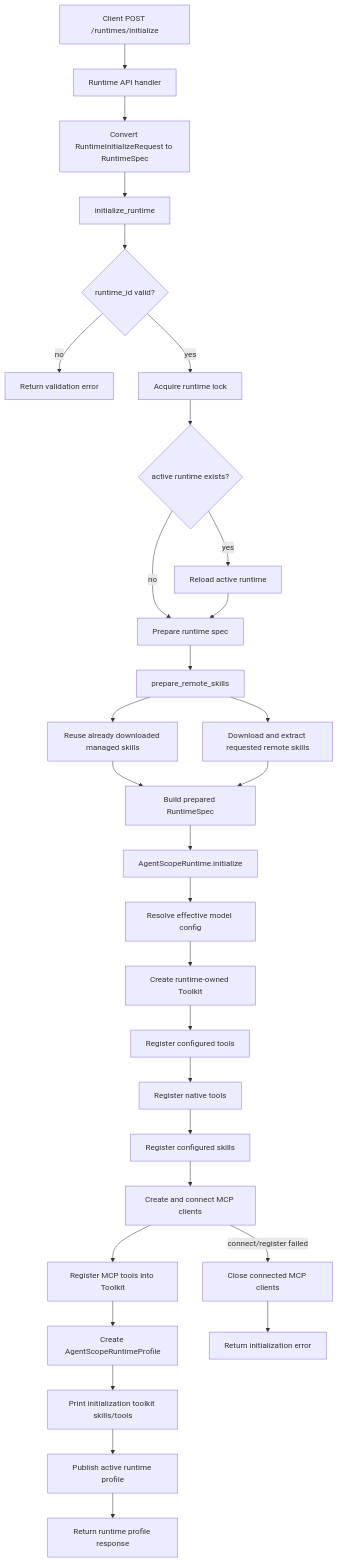
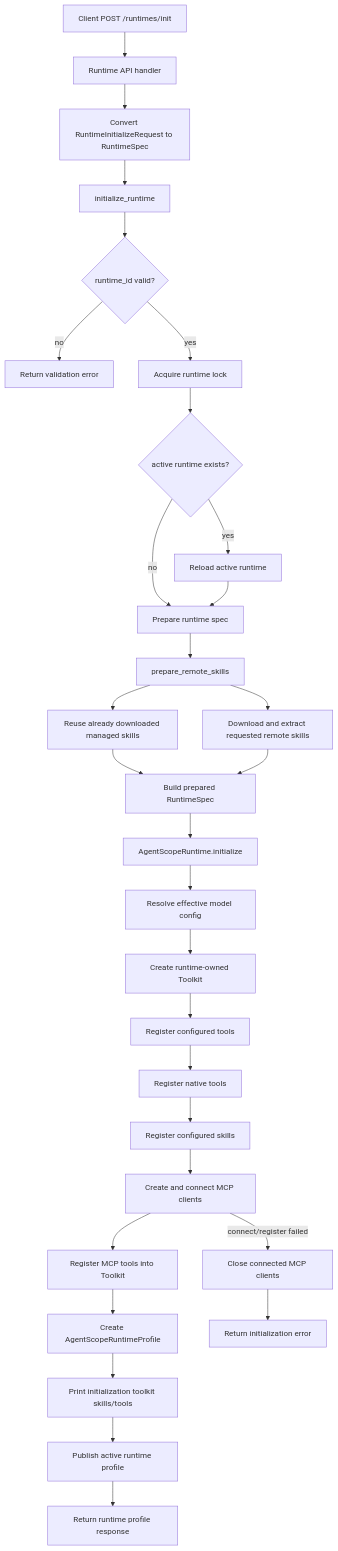
One commit to mooneclipsed/myagent changed the first of 4 diagrams in docs/architecture.md. Above: the diagram before and after it, drawn with Mermaid. The commit also changed other lines of this file and 10 other files, not shown here.

Commit message:
refactor: rename runtime init endpoint

````diff
--- a/docs/architecture.md
+++ b/docs/architecture.md
@@ -9,35 +9,35 @@
 ```mermaid
 flowchart TD
-    A[Client POST /runtimes/initialize] --> B[Runtime API handler]
+    A[Client POST /runtimes/init] --> B[Runtime API handler]
     B --> C[Convert RuntimeInitializeRequest to RuntimeSpec]
     C --> D[initialize_runtime]
     D --> E{runtime_id valid?}
     E -- no --> F[Return validation error]
     E -- yes --> G[Acquire runtime lock]
     G --> H{active runtime exists?}
     H -- yes --> I[Reload active runtime]
     H -- no --> J[Prepare runtime spec]
     I --> J
 
     J --> K[prepare_remote_skills]
     K --> L[Reuse already downloaded managed skills]
     K --> M[Download and extract requested remote skills]
     L --> N[Build prepared RuntimeSpec]
     M --> N
 
     N --> O[AgentScopeRuntime.initialize]
     O --> P[Resolve effective model config]
     P --> Q[Create runtime-owned Toolkit]
     Q --> R[Register configured tools]
     R --> S[Register native tools]
     S --> T[Register configured skills]
     T --> U[Create and connect MCP clients]
     U --> V[Register MCP tools into Toolkit]
     V --> W[Create AgentScopeRuntimeProfile]
     W --> X[Print initialization toolkit skills/tools]
     X --> Y[Publish active runtime profile]
     Y --> Z[Return runtime profile response]
 
     U -- connect/register failed --> AA[Close connected MCP clients]
     AA --> AB[Return initialization error]
 ```
````
